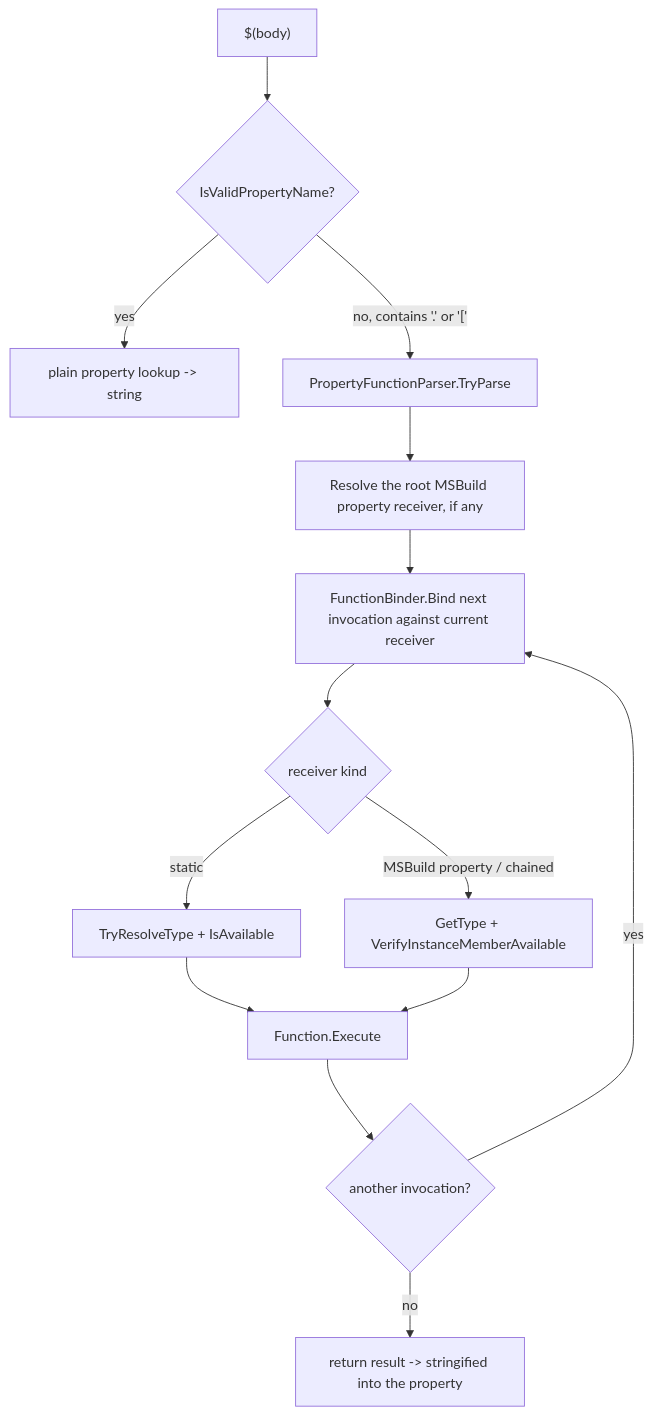
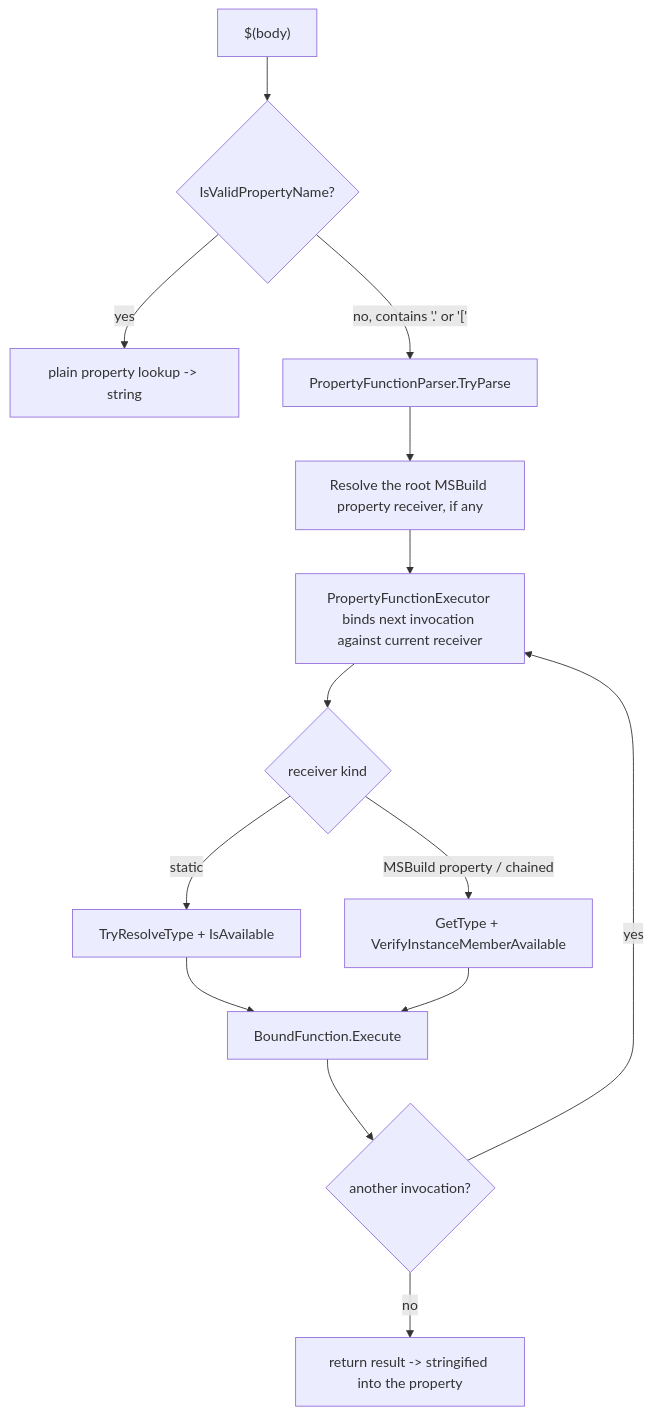
One commit to DustinCampbell/msbuild changed the diagram in documentation/aot/property-functions-reachability.md. Above: the diagram before and after it, drawn with Mermaid. The commit also changed other lines of this file and 10 other files, not shown here.

First line of the commit message:
Execute property functions without heap state

````diff
--- a/documentation/aot/property-functions-reachability.md
+++ b/documentation/aot/property-functions-reachability.md
@@ -73,16 +73,16 @@
 ```mermaid
 flowchart TD
     A["$(body)"] --> B{IsValidPropertyName?}
     B -->|yes| P[plain property lookup -> string]
     B -->|"no, contains '.' or '['"| C["PropertyFunctionParser.TryParse"]
     C --> R["Resolve the root MSBuild property receiver, if any"]
-    R --> BIND["FunctionBinder.Bind next invocation against current receiver"]
+    R --> BIND["PropertyFunctionExecutor binds next invocation against current receiver"]
     BIND --> D{receiver kind}
     D -->|static| E["TryResolveType + IsAvailable"]
     D -->|"MSBuild property / chained"| F["GetType + VerifyInstanceMemberAvailable"]
-    E --> G[Function.Execute]
+    E --> G[BoundFunction.Execute]
     F --> G
     G --> H{another invocation?}
     H -->|yes| BIND
     H -->|no| M[return result -> stringified into the property]
 ```
````
